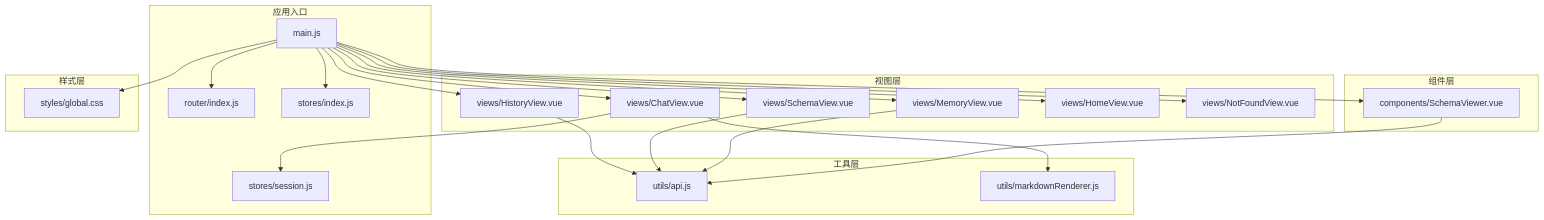
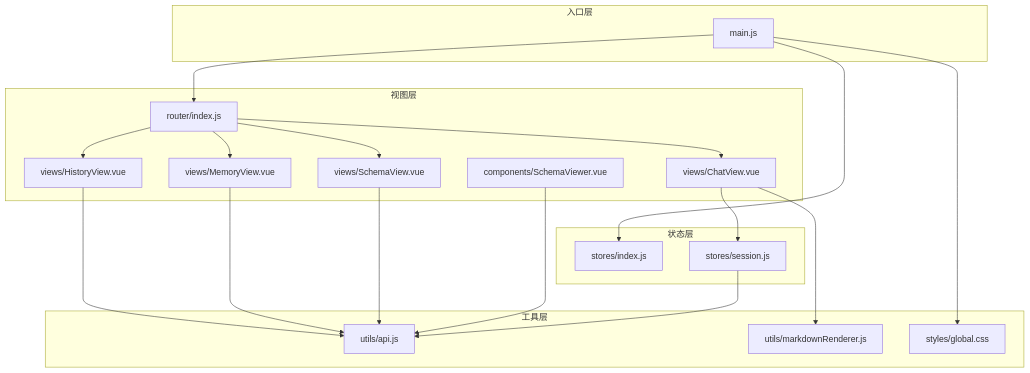
The second of 12 diagrams in NL2SQL/.qoder/repowiki/zh/content/前端应用/前端应用.md (HanHuiOnLine/724-office), drawn with Mermaid before and after one commit. The commit also changed other lines of this file and 170 other files, not shown here.

````diff
--- a/NL2SQL/.qoder/repowiki/zh/content/前端应用/前端应用.md
+++ b/NL2SQL/.qoder/repowiki/zh/content/前端应用/前端应用.md
@@ -51,43 +108,37 @@
 ```mermaid
 graph TB
-subgraph "应用入口"
+subgraph "入口层"
 M["main.js"]
+end
+subgraph "视图层"
 R["router/index.js"]
+V1["views/ChatView.vue"]
+V2["views/HistoryView.vue"]
+V3["views/MemoryView.vue"]
+V4["views/SchemaView.vue"]
+C1["components/SchemaViewer.vue"]
+end
+subgraph "状态层"
 S0["stores/index.js"]
 S1["stores/session.js"]
-end
-subgraph "视图层"
-V1["views/ChatView.vue"]
-V2["views/HistoryView.vue"]
-V3["views/SchemaView.vue"]
-V4["views/MemoryView.vue"]
-V5["views/HomeView.vue"]
-V6["views/NotFoundView.vue"]
-end
-subgraph "组件层"
-C1["components/SchemaViewer.vue"]
 end
 subgraph "工具层"
 U1["utils/api.js"]
 U2["utils/markdownRenderer.js"]
-end
-subgraph "样式层"
 ST["styles/global.css"]
 end
 M --> R
 M --> S0
 M --> ST
-M --> V5
-M --> V1
-M --> V2
-M --> V3
-M --> V4
-M --> V6
-M --> C1
+R --> V1
+R --> V2
+R --> V3
+R --> V4
 V1 --> S1
 V2 --> U1
 V3 --> U1
 V4 --> U1
 V1 --> U2
 C1 --> U1
+S1 --> U1
 ```
````
